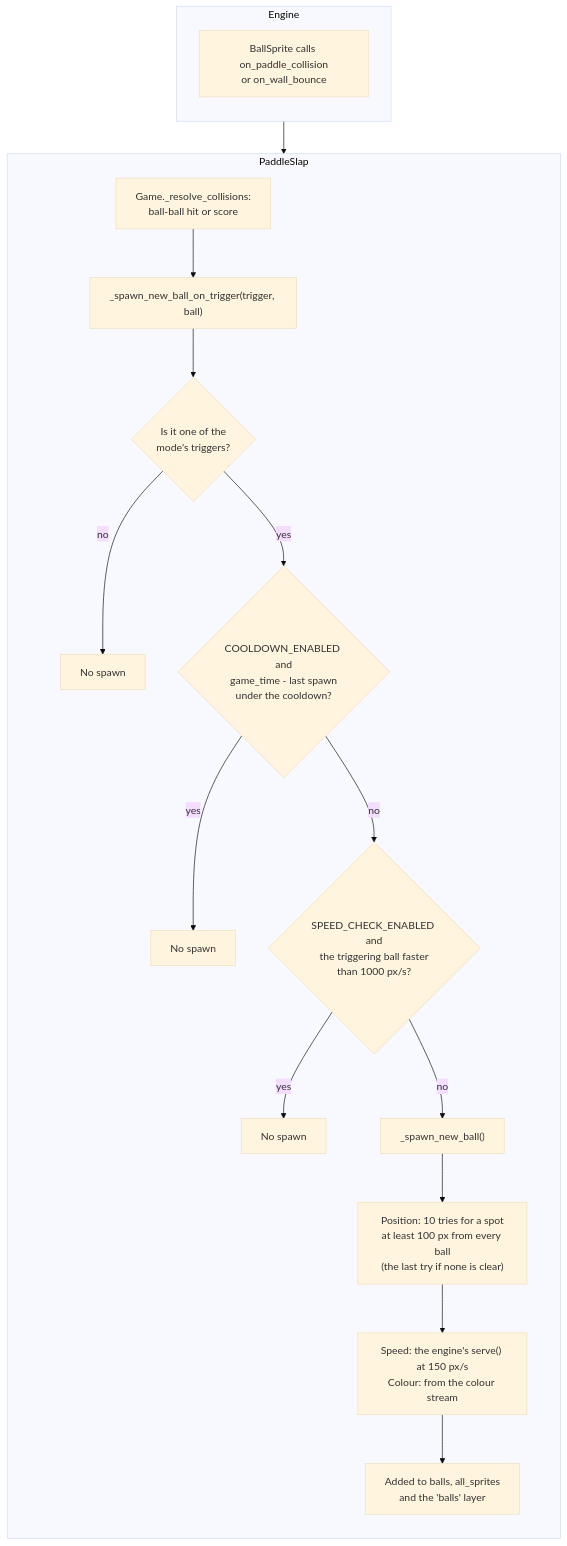
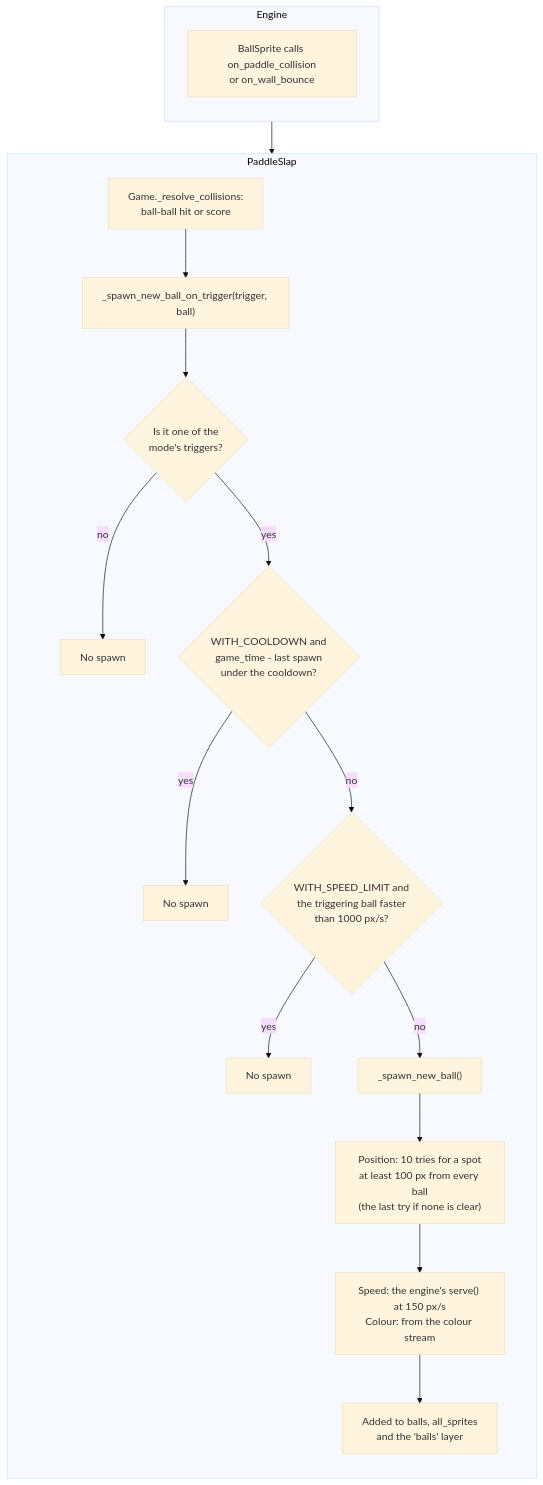
One commit to terrysimons/glitchygames changed the sixth of 7 diagrams in docs/games/paddleslap.md. Above: the diagram before and after it, drawn with Mermaid (base theme). The commit also changed 46 other files, not shown here.

````diff
--- a/docs/games/paddleslap.md
+++ b/docs/games/paddleslap.md
@@ -487,34 +487,34 @@
 ```mermaid
 flowchart TB
     subgraph ENGINE_SPAWN["Engine"]
         direction TB
         ballcallback["BallSprite calls on_paddle_collision<br/>or on_wall_bounce"]
     end
     subgraph GAME_SPAWN["PaddleSlap"]
         direction TB
         gametrigger["Game._resolve_collisions:<br/>ball-ball hit or score"]
         trigger["_spawn_new_ball_on_trigger(trigger, ball)"]
         named{"Is it one of the<br/>mode's triggers?"}
         skip1["No spawn"]
-        cooldown{"COOLDOWN_ENABLED and<br/>game_time - last spawn<br/>under the cooldown?"}
+        cooldown{"WITH_COOLDOWN and<br/>game_time - last spawn<br/>under the cooldown?"}
         skip2["No spawn"]
-        speed{"SPEED_CHECK_ENABLED and<br/>the triggering ball faster<br/>than 1000 px/s?"}
+        speed{"WITH_SPEED_LIMIT and<br/>the triggering ball faster<br/>than 1000 px/s?"}
         skip3["No spawn"]
         spawn["_spawn_new_ball()"]
         place["Position: 10 tries for a spot<br/>at least 100 px from every ball<br/>(the last try if none is clear)"]
         serve["Speed: the engine's serve() at 150 px/s<br/>Colour: from the colour stream"]
         join["Added to balls, all_sprites<br/>and the 'balls' layer"]
     end
     ballcallback --> trigger
     gametrigger --> trigger
     trigger --> named
     named -- no --> skip1
     named -- yes --> cooldown
     cooldown -- yes --> skip2
     cooldown -- no --> speed
     speed -- yes --> skip3
     speed -- no --> spawn
     spawn --> place
     place --> serve
     serve --> join
 ```
````
